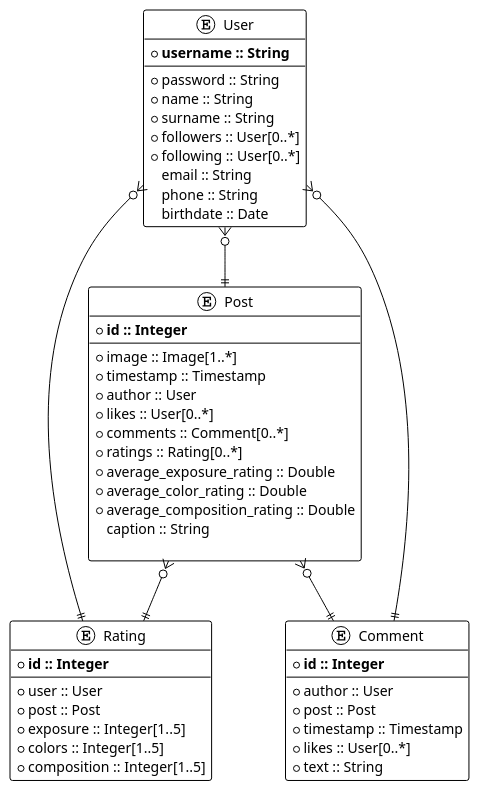
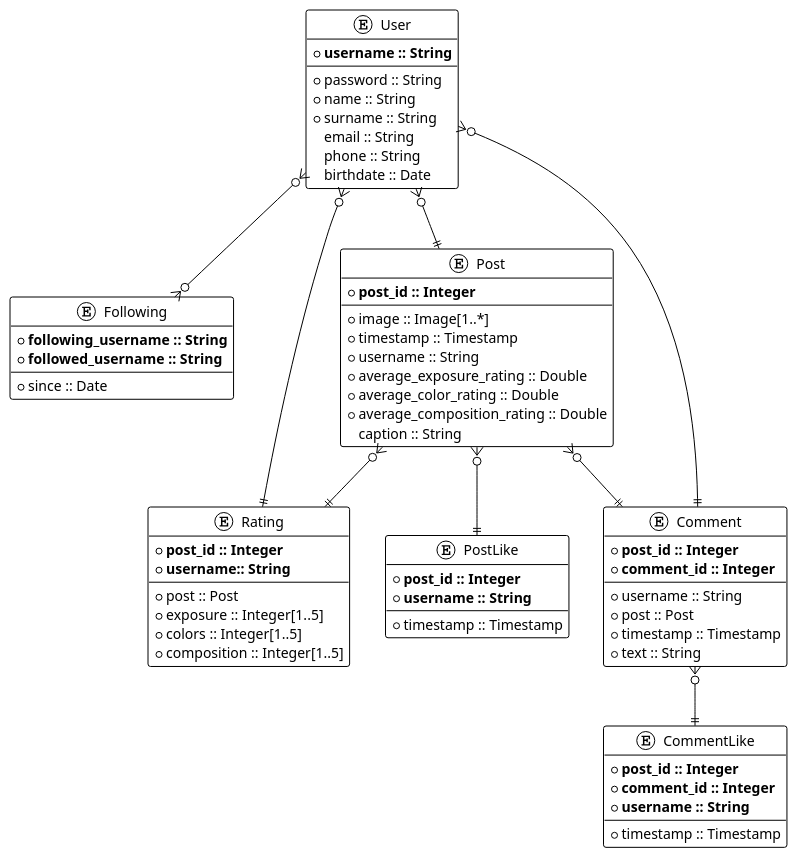
Before and after one commit to ValentinaPieri/lipho: the diagram in db_project/er.plantuml, drawn with PlantUML.

Commit message:
Adapted arrays to sql

```diff
--- a/db_project/er.plantuml
+++ b/db_project/er.plantuml
@@ -1,59 +1,78 @@
 @startuml Lipho DB ER Diagram
 !theme plain
 
 entity User {
     * **username :: String**
     --
     * password :: String
     * name :: String
     * surname :: String
-    * followers :: User[0..*]
-    * following :: User[0..*]
     email :: String
     phone :: String
     birthdate :: Date
 }
 
+entity Following {
+    * **following_username :: String**
+    * **followed_username :: String**
+    --
+    * since :: Date
+}
+
 entity Post {
-    * **id :: Integer**
+    * **post_id :: Integer**
     --
     * image :: Image[1..*]
     * timestamp :: Timestamp
-    * author :: User
-    * likes :: User[0..*]
-    * comments :: Comment[0..*]
-    * ratings :: Rating[0..*]
+    * username :: String
     * average_exposure_rating :: Double
     * average_color_rating :: Double
     * average_composition_rating :: Double
     caption :: String
+}
 
+entity PostLike {
+    * **post_id :: Integer**
+    * **username :: String**
+    --
+    * timestamp :: Timestamp
 }
 
 entity Rating {
-    * **id :: Integer**
+    * **post_id :: Integer**
+    * **username:: String**
     --
-    * user :: User
     * post :: Post
     * exposure :: Integer[1..5]
     * colors :: Integer[1..5]
     * composition :: Integer[1..5]
 }
 
 entity Comment {
-    * **id :: Integer**
+    * **post_id :: Integer**
+    * **comment_id :: Integer**
     --
-    * author :: User
+    * username :: String
     * post :: Post
     * timestamp :: Timestamp
-    * likes :: User[0..*]
     * text :: String
 }
 
+entity CommentLike {
+    * **post_id :: Integer**
+    * **comment_id :: Integer**
+    * **username :: String**
+    --
+    * timestamp :: Timestamp
+}
+
+User }o--o{ Following
 User }o--|| Post
 Post }o--|| Rating
 Post }o--|| Comment
+Post }o--|| PostLike
 Rating ||--o{ User
 Comment ||--o{ User
+Comment }o--|| CommentLike
 
 @enduml
```
